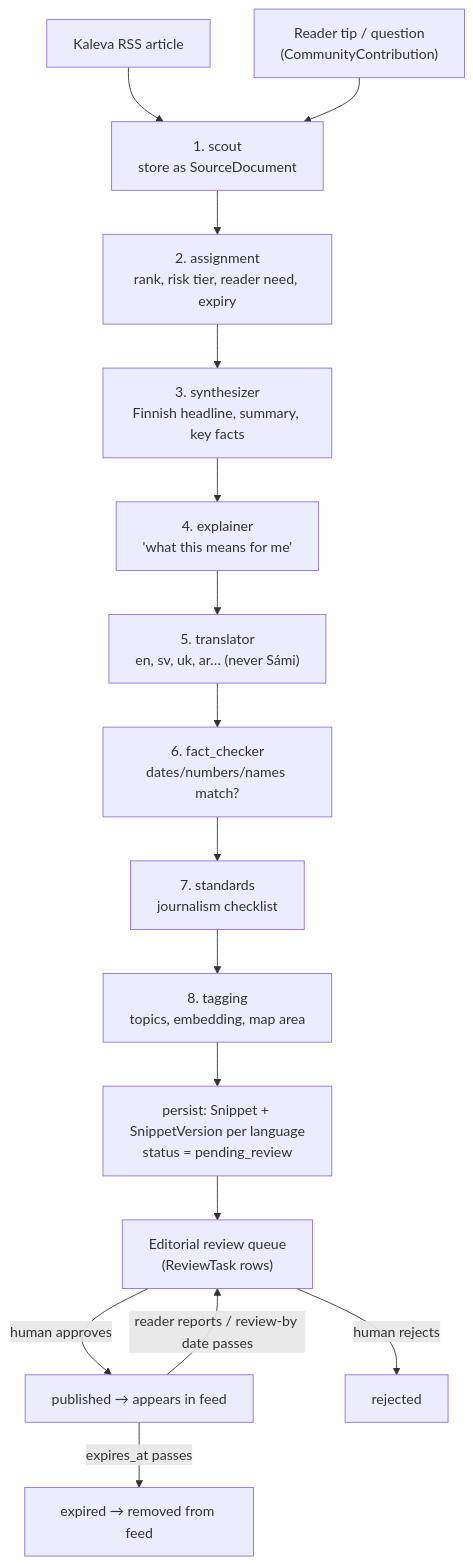
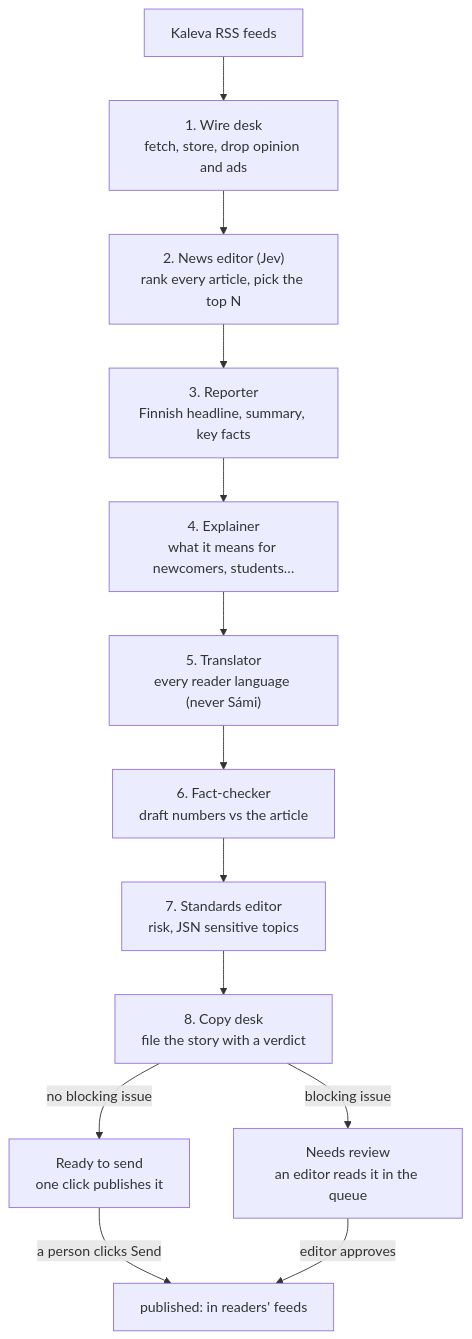
One commit to Mesbahul-Islam/junction-oulu-2026 changed the second of 3 diagrams in docs/GUIDE.md. Above: the diagram before and after it, drawn with Mermaid. The commit also changed other lines of this file and 92 other files, not shown here.

````diff
--- a/docs/GUIDE.md
+++ b/docs/GUIDE.md
@@ -175,18 +173,15 @@
 ```mermaid
 flowchart TD
-    A["Kaleva RSS article"] --> S["1. scout<br/>store as SourceDocument"]
-    T["Reader tip / question<br/>(CommunityContribution)"] --> S
-    S --> AS["2. assignment<br/>rank, risk tier, reader need, expiry"]
-    AS --> SY["3. synthesizer<br/>Finnish headline, summary, key facts"]
-    SY --> EX["4. explainer<br/>'what this means for me'"]
-    EX --> TR["5. translator<br/>en, sv, uk, ar… (never Sámi)"]
-    TR --> FC["6. fact_checker<br/>dates/numbers/names match?"]
-    FC --> ST["7. standards<br/>journalism checklist"]
-    ST --> TG["8. tagging<br/>topics, embedding, map area"]
-    TG --> P["persist: Snippet + SnippetVersion per language<br/>status = pending_review"]
-    P --> Q["Editorial review queue<br/>(ReviewTask rows)"]
-    Q -->|"human approves"| PUB["published → appears in feed"]
-    Q -->|"human rejects"| REJ["rejected"]
-    PUB -->|"reader reports / review-by date passes"| Q
-    PUB -->|"expires_at passes"| EXP["expired → removed from feed"]
+    K["Kaleva RSS feeds"] --> W["1. Wire desk<br/>fetch, store, drop opinion and ads"]
+    W --> N["2. News editor (Jev)<br/>rank every article, pick the top N"]
+    N --> R["3. Reporter<br/>Finnish headline, summary, key facts"]
+    R --> E["4. Explainer<br/>what it means for newcomers, students…"]
+    E --> T["5. Translator<br/>every reader language (never Sámi)"]
+    T --> F["6. Fact-checker<br/>draft numbers vs the article"]
+    F --> S["7. Standards editor<br/>risk, JSN sensitive topics"]
+    S --> C["8. Copy desk<br/>file the story with a verdict"]
+    C -->|"no blocking issue"| RD["Ready to send<br/>one click publishes it"]
+    C -->|"blocking issue"| NR["Needs review<br/>an editor reads it in the queue"]
+    RD -->|"a person clicks Send"| PUB["published: in readers' feeds"]
+    NR -->|"editor approves"| PUB
 ```
````
